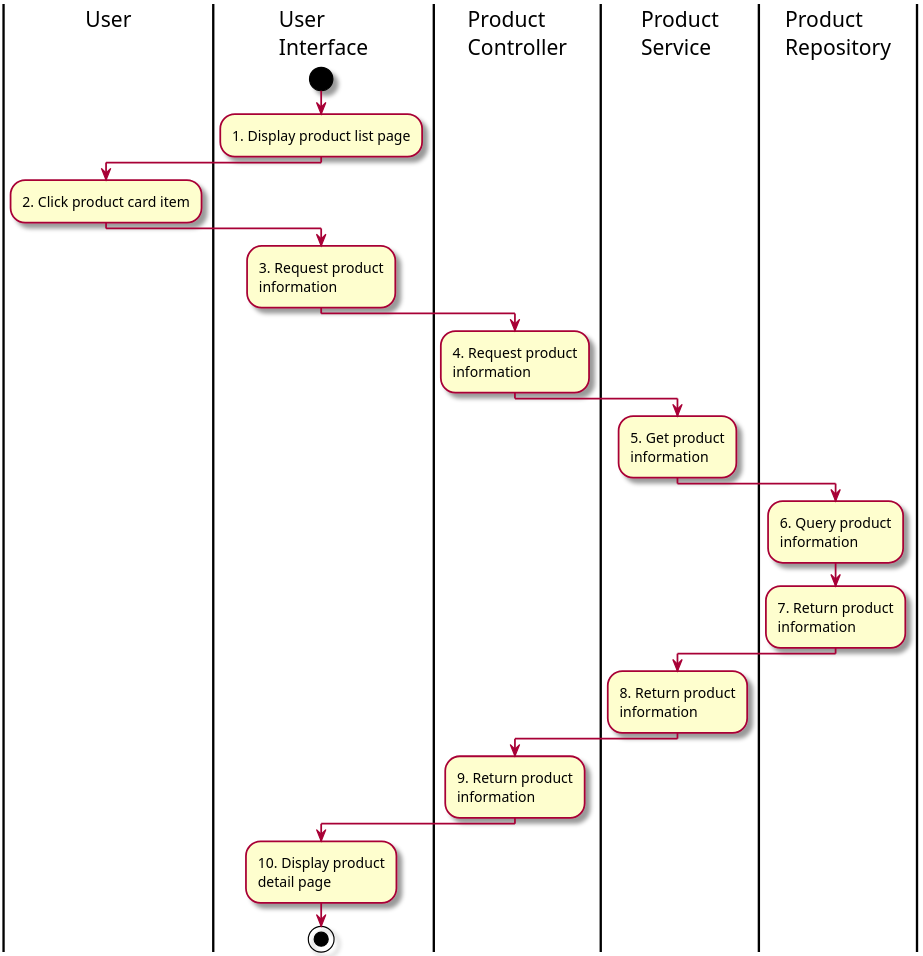
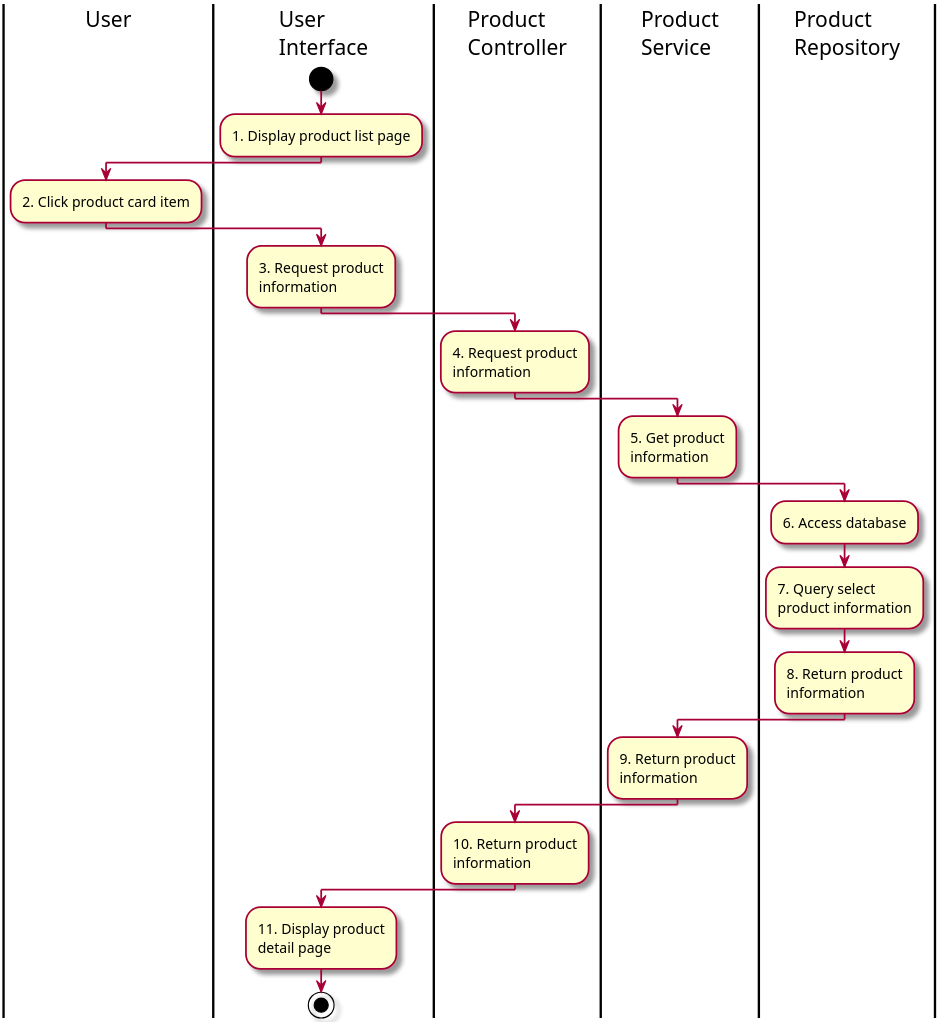
One commit to Marowota/ecommerce-plantuml changed the diagram in Activity/1.2. ActViewProductInfo.puml. Above: the diagram before and after it, drawn with PlantUML. The commit also changed 4 other files, not shown here.

```diff
--- a/Activity/1.2. ActViewProductInfo.puml
+++ b/Activity/1.2. ActViewProductInfo.puml
@@ -1,33 +1,34 @@
 @startuml ActviewProductInfo
 
 skin rose
 scale 3
 
 |User|
 |User\nInterface|
 |Product\nController|
 |Product\nService|
 |Product\nRepository|
 |User\nInterface|
 start
 :1. Display product list page;
 |User|
 :2. Click product card item;
 |User\nInterface|
 :3. Request product\ninformation;
 |Product\nController|
 :4. Request product\ninformation;
 |Product\nService|
 :5. Get product\ninformation;
 |Product\nRepository|
-:6. Query product\ninformation;
-:7. Return product\ninformation;
+:6. Access database;
+:7. Query select\nproduct information;
+:8. Return product\ninformation;
 |Product\nService|
-:8. Return product\ninformation;
+:9. Return product\ninformation;
 |Product\nController|
-:9. Return product\ninformation;
+:10. Return product\ninformation;
 |User\nInterface|
-:10. Display product\ndetail page;
+:11. Display product\ndetail page;
 stop
 
 @enduml
```
